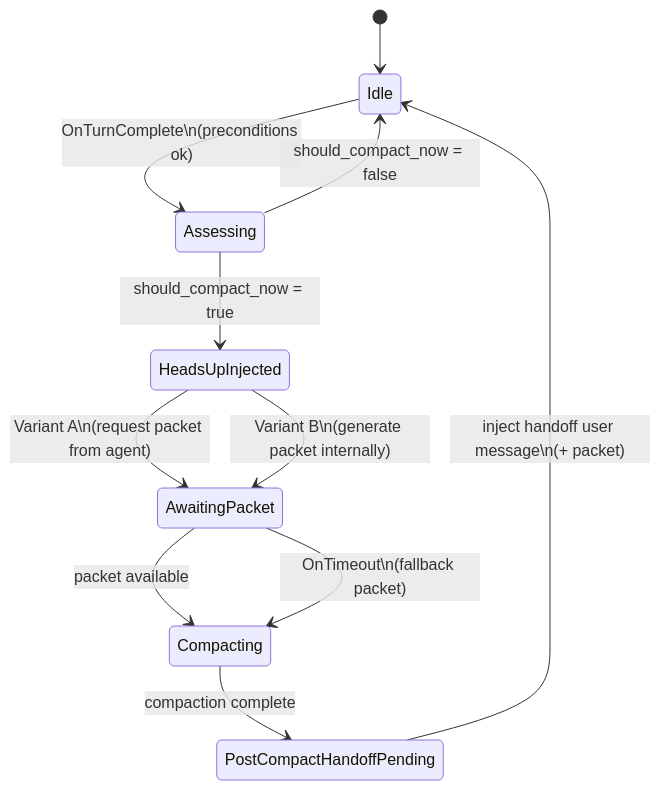
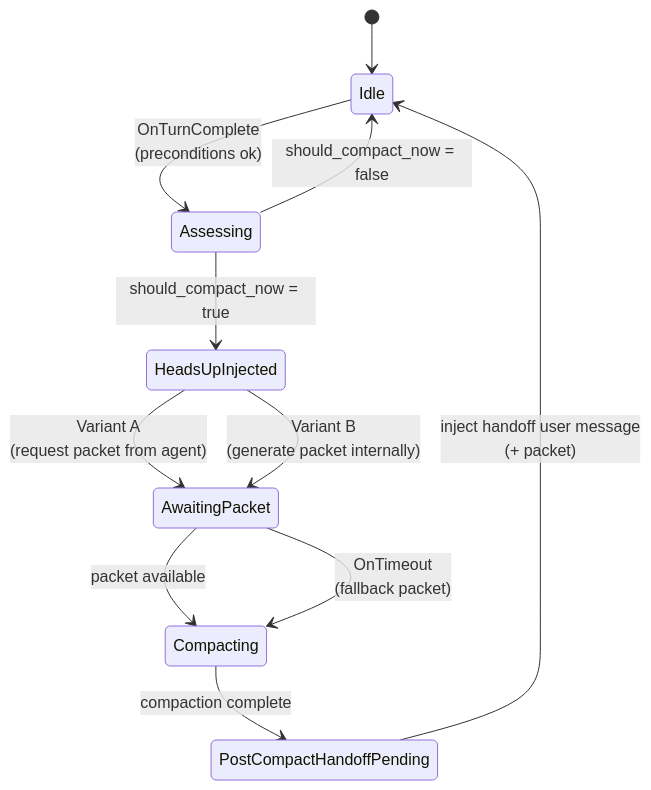
Before and after one commit to rawr-ai/codex: the second of 3 diagrams in rawr/issues/SPEC-rawr-auto-compaction-golden-path-ux.md, drawn with Mermaid. The commit also changed other lines of this file, not shown here.

Commit message:
docs(rawr): fix mermaid newline rendering

````diff
--- a/rawr/issues/SPEC-rawr-auto-compaction-golden-path-ux.md
+++ b/rawr/issues/SPEC-rawr-auto-compaction-golden-path-ux.md
@@ -241,17 +241,17 @@
 ```mermaid
 stateDiagram-v2
   [*] --> Idle
 
-  Idle --> Assessing: OnTurnComplete\n(preconditions ok)
+  Idle --> Assessing: OnTurnComplete<br/>(preconditions ok)
   Assessing --> Idle: should_compact_now = false
   Assessing --> HeadsUpInjected: should_compact_now = true
 
-  HeadsUpInjected --> AwaitingPacket: Variant A\n(request packet from agent)
-  HeadsUpInjected --> AwaitingPacket: Variant B\n(generate packet internally)
+  HeadsUpInjected --> AwaitingPacket: Variant A<br/>(request packet from agent)
+  HeadsUpInjected --> AwaitingPacket: Variant B<br/>(generate packet internally)
 
   AwaitingPacket --> Compacting: packet available
-  AwaitingPacket --> Compacting: OnTimeout\n(fallback packet)
+  AwaitingPacket --> Compacting: OnTimeout<br/>(fallback packet)
 
   Compacting --> PostCompactHandoffPending: compaction complete
-  PostCompactHandoffPending --> Idle: inject handoff user message\n(+ packet)
+  PostCompactHandoffPending --> Idle: inject handoff user message<br/>(+ packet)
 ```
````
